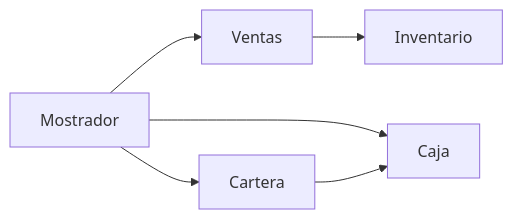
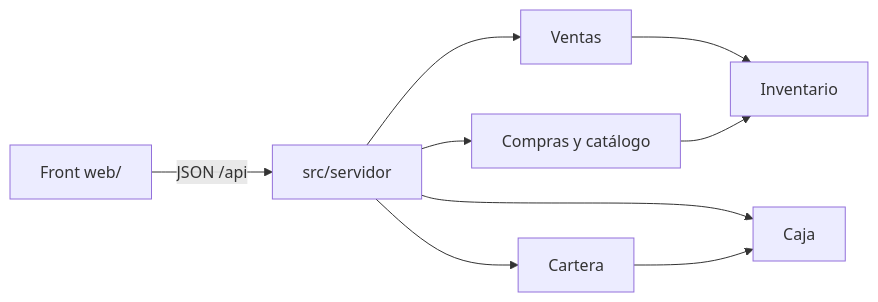
One commit to walter21rm/medio-curso changed the diagram in docs/ARCHITECTURE.md. Above: the diagram before and after it, drawn with Mermaid. The commit also changed other lines of this file and 17 other files, not shown here.

Commit message:
Agrega el front de Mostrador sobre un servidor HTTP del dominio.

````diff
--- a/docs/ARCHITECTURE.md
+++ b/docs/ARCHITECTURE.md
@@ -5,13 +5,18 @@
 ```mermaid
 flowchart LR
-  mostrador[Mostrador]
+  navegador[Front web/]
+  servidor[src/servidor]
   ventas[Ventas]
   cartera[Cartera]
   caja[Caja]
+  compras[Compras y catálogo]
   inventario[Inventario]
-  mostrador --> ventas
-  mostrador --> cartera
-  mostrador --> caja
+  navegador -->|JSON /api| servidor
+  servidor --> ventas
+  servidor --> cartera
+  servidor --> caja
+  servidor --> compras
   ventas --> inventario
+  compras --> inventario
   cartera --> caja
 ```
````
